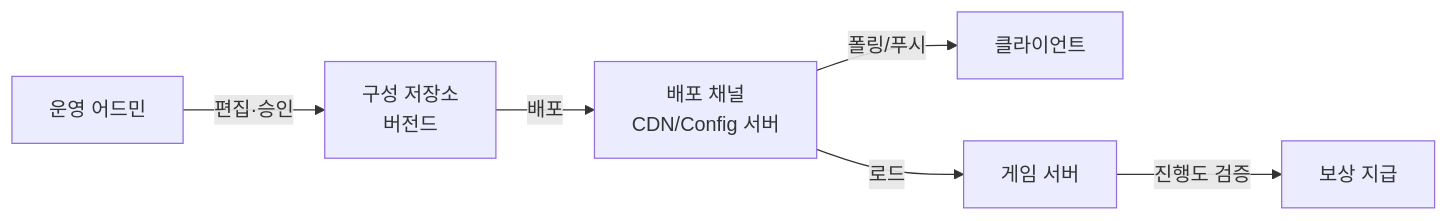
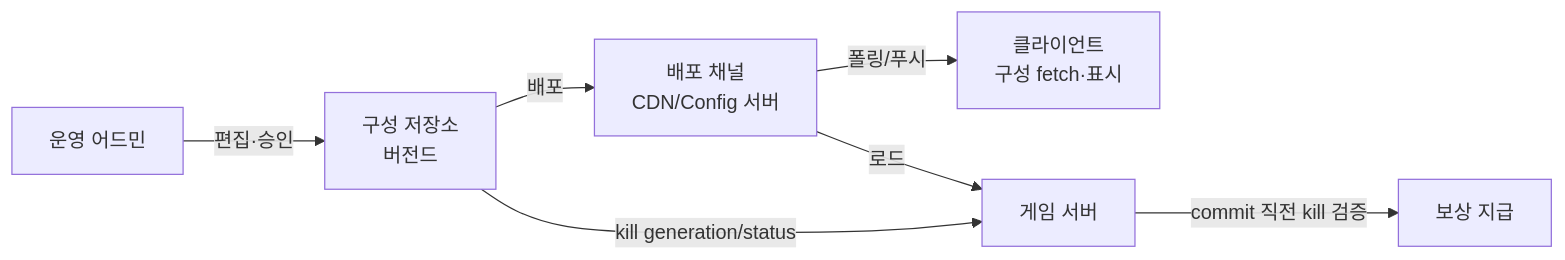
Before and after one commit to Rein-ArXiv/game-dev-curriculum: the third of 5 diagrams in live_service/part02_event.md, drawn with Mermaid. The commit also changed other lines of this file and 279 other files, not shown here.

````diff
--- a/live_service/part02_event.md
+++ b/live_service/part02_event.md
@@ -195,8 +195,9 @@
 ```mermaid
 flowchart LR
     Admin[운영 어드민] -->|편집·승인| Store[구성 저장소<br/>버전드]
     Store -->|배포| CDN[배포 채널<br/>CDN/Config 서버]
-    CDN -->|폴링/푸시| Client[클라이언트]
+    CDN -->|폴링/푸시| Client[클라이언트<br/>구성 fetch·표시]
     CDN -->|로드| Server[게임 서버]
-    Server -->|진행도 검증| Reward[보상 지급]
+    Store -->|kill generation/status| Server
+    Server -->|commit 직전 kill 검증| Reward[보상 지급]
 ```
````
